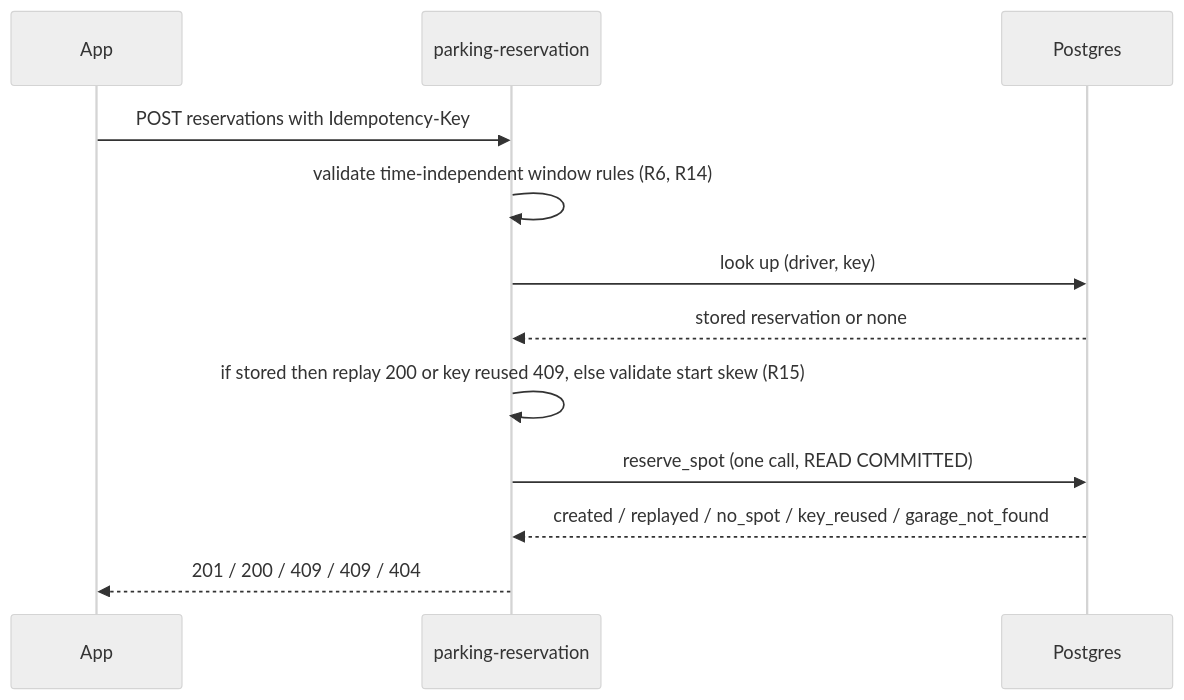
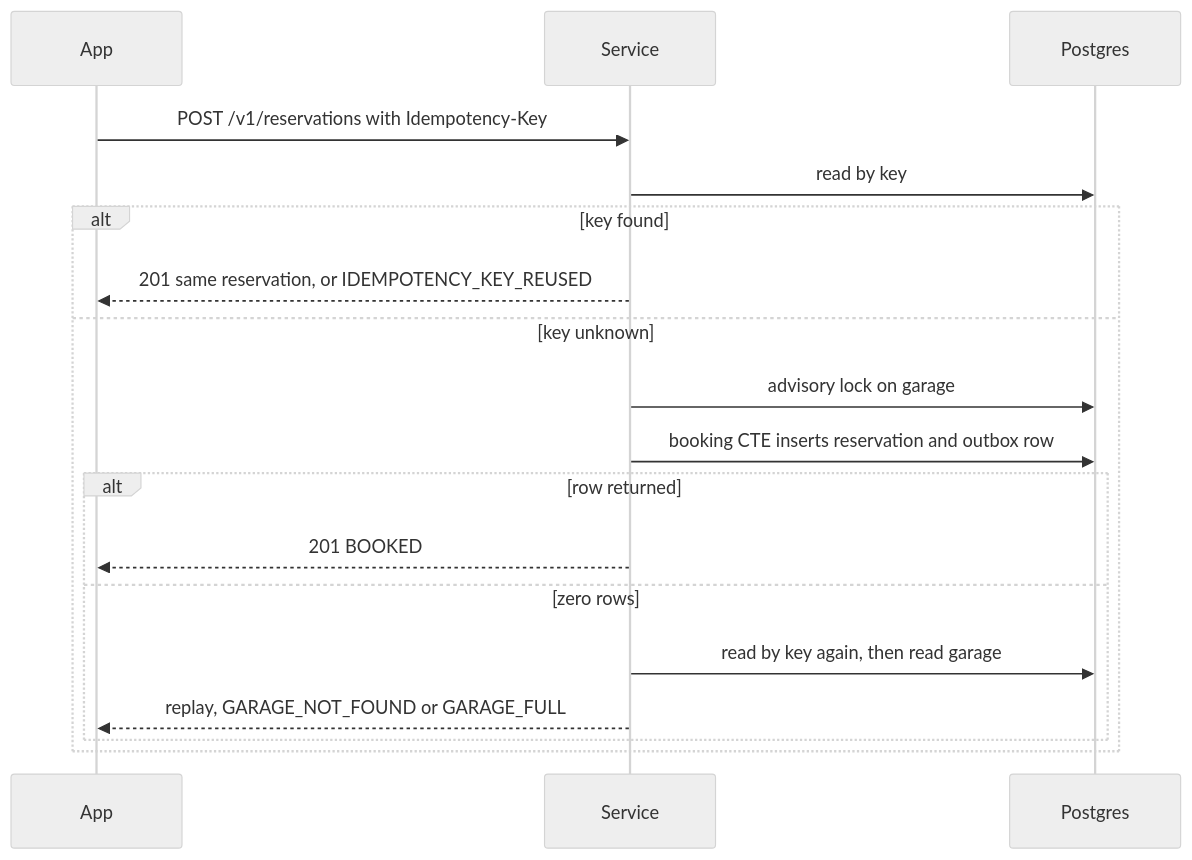
One commit to si1verwind17/backend-skills changed the second of 4 diagrams in demo/parking-reservation/docs/backend-design/architecture-design.md. Above: the diagram before and after it, drawn with Mermaid (neutral theme). The commit also changed other lines of this file and 229 other files, not shown here.

First line of the commit message:
Demo: rerun parking-reservation on 1.1.0 (auto until done); scenario 6 graded 8/8

````diff
--- a/demo/parking-reservation/docs/backend-design/architecture-design.md
+++ b/demo/parking-reservation/docs/backend-design/architecture-design.md
@@ -22,14 +21,20 @@
 ```mermaid
 sequenceDiagram
-    participant App
-    participant Svc as parking-reservation
-    participant DB as Postgres
-    App->>Svc: POST reservations with Idempotency-Key
-    Svc->>Svc: validate time-independent window rules (R6, R14)
-    Svc->>DB: look up (driver, key)
-    DB-->>Svc: stored reservation or none
-    Svc->>Svc: if stored then replay 200 or key reused 409, else validate start skew (R15)
-    Svc->>DB: reserve_spot (one call, READ COMMITTED)
-    DB-->>Svc: created / replayed / no_spot / key_reused / garage_not_found
-    Svc-->>App: 201 / 200 / 409 / 409 / 404
+    participant A as App
+    participant S as Service
+    participant D as Postgres
+    A->>S: POST /v1/reservations with Idempotency-Key
+    S->>D: read by key
+    alt key found
+        S-->>A: 201 same reservation, or IDEMPOTENCY_KEY_REUSED
+    else key unknown
+        S->>D: advisory lock on garage
+        S->>D: booking CTE inserts reservation and outbox row
+        alt row returned
+            S-->>A: 201 BOOKED
+        else zero rows
+            S->>D: read by key again, then read garage
+            S-->>A: replay, GARAGE_NOT_FOUND or GARAGE_FULL
+        end
+    end
 ```
````
